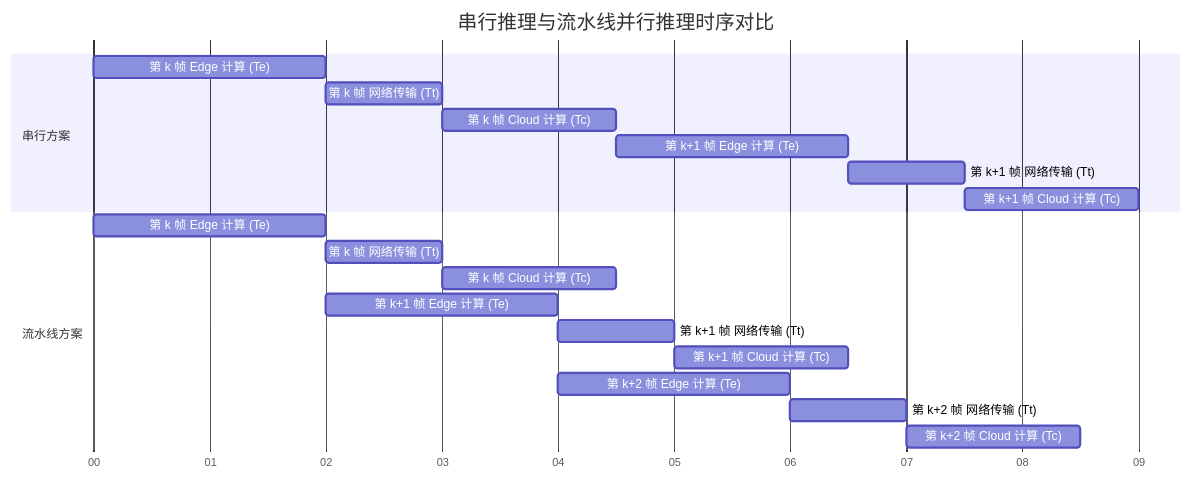
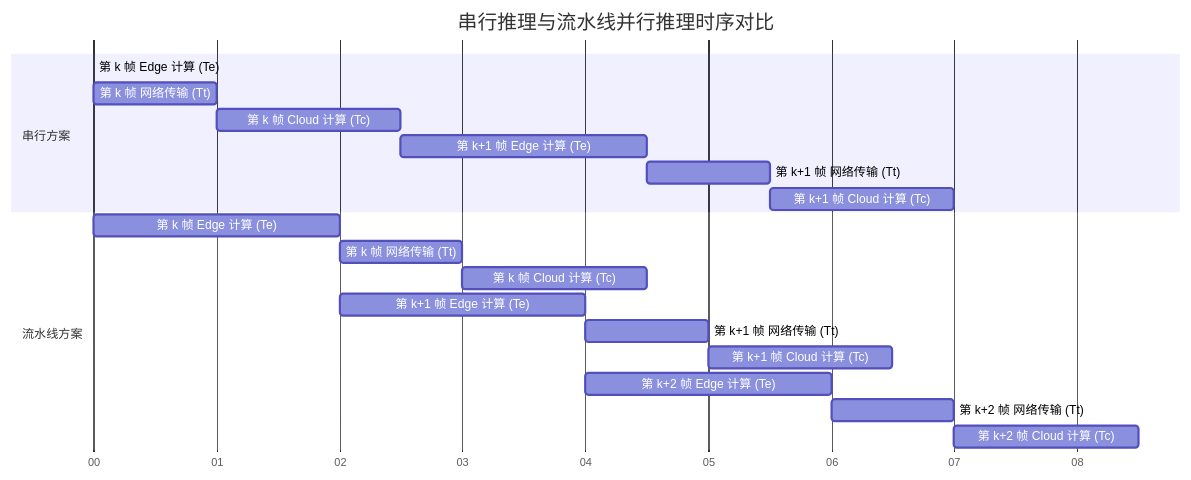
Before and after one commit to intmain-yy/iodraw-files: the diagram in all/未命名-1.md, drawn with Mermaid.

Commit message:
2026-02-28 13:47:03 update

````diff
--- a/all/未命名-1.md
+++ b/all/未命名-1.md
@@ -1,27 +1,27 @@
 ```mermaid
 gantt
     title 串行推理与流水线并行推理时序对比
     dateFormat  s
     axisFormat  %S
     
     section 串行方案
-    第 k 帧 Edge 计算 (Te)       :a1, 0, 2s
+    第 k 帧 Edge 计算 (Te)       :a1, 0, 1.s
     第 k 帧 网络传输 (Tt)       :a2, after a1, 1s
     第 k 帧 Cloud 计算 (Tc)      :a3, after a2, 1.5s
     第 k+1 帧 Edge 计算 (Te)     :a4, after a3, 2s
     第 k+1 帧 网络传输 (Tt)     :a5, after a4, 1s
     第 k+1 帧 Cloud 计算 (Tc)    :a6, after a5, 1.5s
     
     section 流水线方案
     第 k 帧 Edge 计算 (Te)       :b1, 0, 2s
     第 k 帧 网络传输 (Tt)       :b2, after b1, 1s
     第 k 帧 Cloud 计算 (Tc)      :b3, after b2, 1.5s
     
     第 k+1 帧 Edge 计算 (Te)     :c1, 2, 2s
     第 k+1 帧 网络传输 (Tt)     :c2, after c1, 1s
     第 k+1 帧 Cloud 计算 (Tc)    :c3, after c2, 1.5s
     
     第 k+2 帧 Edge 计算 (Te)     :d1, 4, 2s
     第 k+2 帧 网络传输 (Tt)     :d2, after d1, 1s
     第 k+2 帧 Cloud 计算 (Tc)    :d3, after d2, 1.5s
 ```
````
